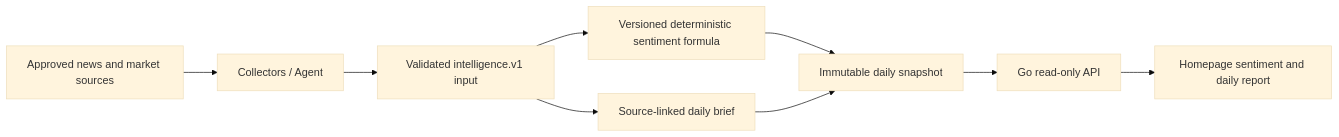
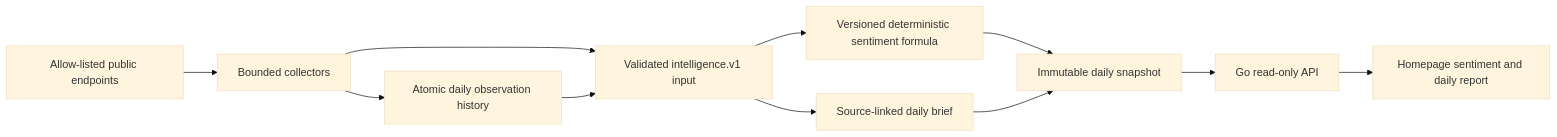
One commit to yanzhang404/QuantOS changed the third of 6 diagrams in ARCHITECTURE.md. Above: the diagram before and after it, drawn with Mermaid (base theme). The commit also changed other lines of this file and 14 other files, not shown here.

Commit message:
Add public daily intelligence collectors

````diff
--- a/ARCHITECTURE.md
+++ b/ARCHITECTURE.md
@@ -80,11 +80,13 @@
 ```mermaid
 flowchart LR
-    S["Approved news and market sources"] --> C["Collectors / Agent"]
+    S["Allow-listed public endpoints"] --> C["Bounded collectors"]
+    C --> H["Atomic daily observation history"]
     C --> N["Validated intelligence.v1 input"]
+    H --> N
     N --> F["Versioned deterministic sentiment formula"]
     N --> B["Source-linked daily brief"]
     F --> J["Immutable daily snapshot"]
     B --> J
     J --> API["Go read-only API"]
     API --> W["Homepage sentiment and daily report"]
 ```
````
